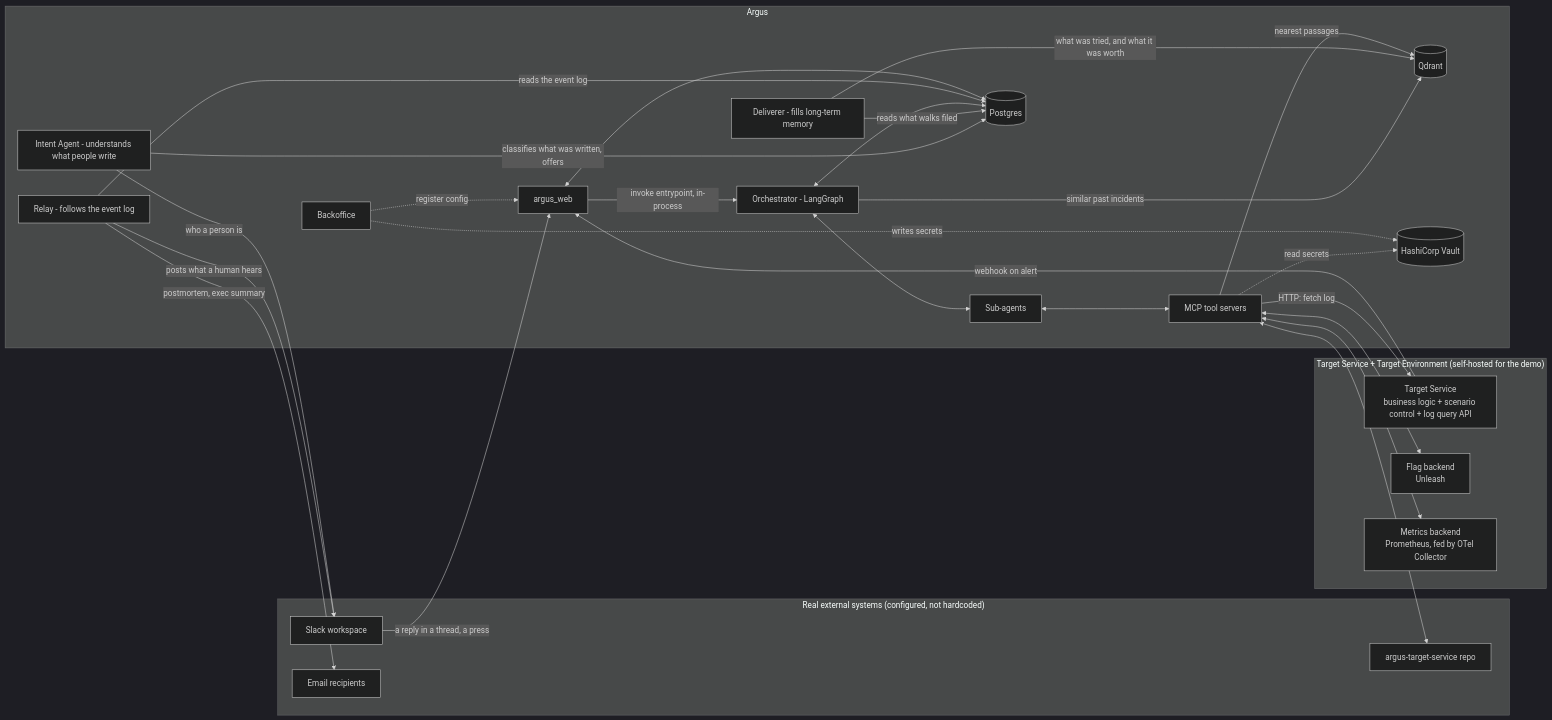
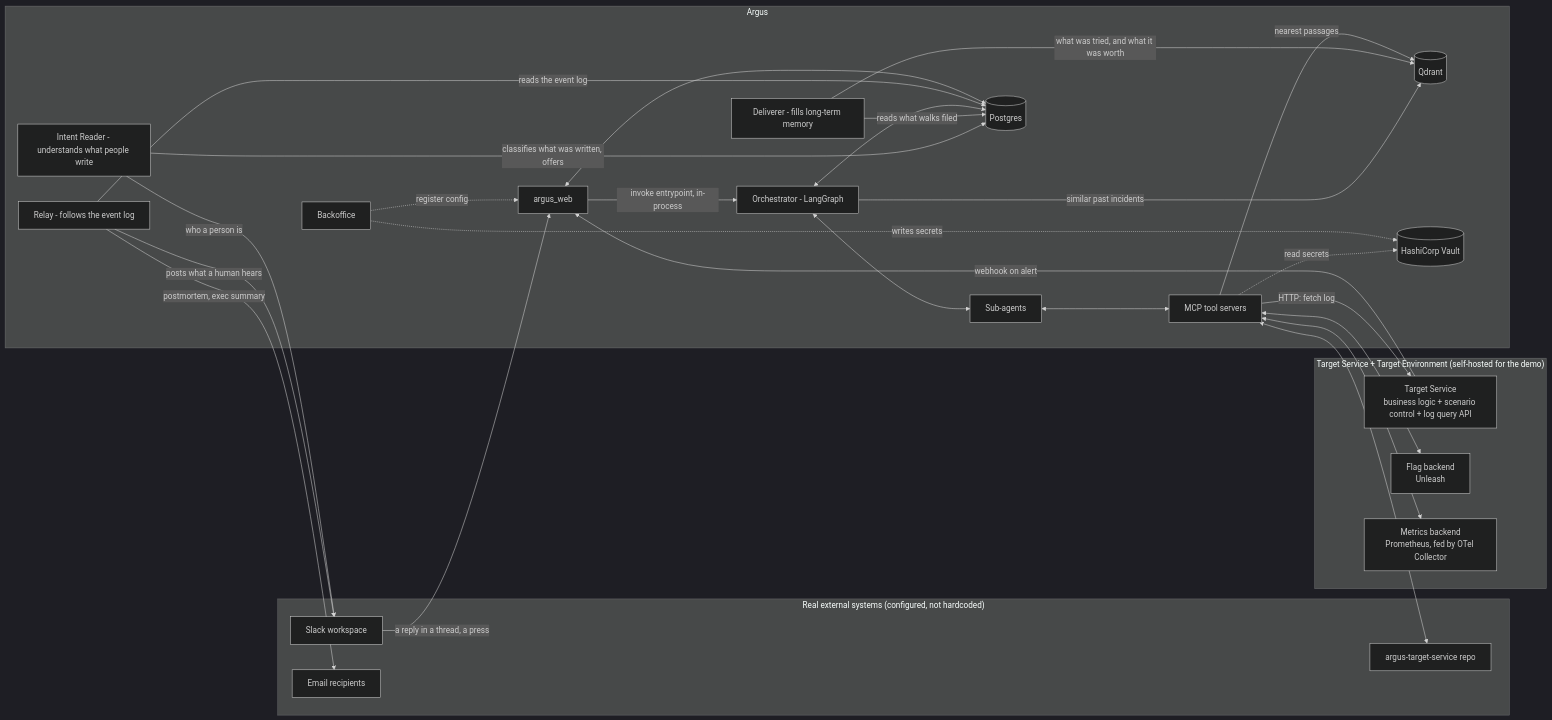
Before and after one commit to ohadraz/Argus: the first of 6 diagrams in docs/spec-and-architecture.md, drawn with Mermaid (dark theme). The commit also changed other lines of this file and 67 other files, not shown here.

Commit message:
agent_intent becomes message_intent and the Intent Agent the Intent Reader, since it drives no tool loop, its suite, imports, contracts, recordings and docs following

````diff
--- a/docs/spec-and-architecture.md
+++ b/docs/spec-and-architecture.md
@@ -74,52 +74,52 @@
 ```mermaid
 flowchart LR
     subgraph Real["Real external systems (configured, not hardcoded)"]
         SLK[Slack workspace]
         MAIL[Email recipients]
         GH[argus-target-service repo]
     end
 
     subgraph TargetEnv["Target Service + Target Environment (self-hosted for the demo)"]
         TS[Target Service<br/>business logic + scenario control + log query API]
         FLAGS[Flag backend<br/>Unleash]
         METRICS[Metrics backend<br/>Prometheus, fed by OTel Collector]
     end
 
     subgraph Argus["Argus"]
         WEB[argus_web]
         ORCH[Orchestrator - LangGraph]
         AGENTS[Sub-agents]
         MCPS[MCP tool servers]
         RELAY[Relay - follows the event log]
-        INTENT[Intent Agent - understands what people write]
+        INTENT[Intent Reader - understands what people write]
         MEMORY[Deliverer - fills long-term memory]
         PG[(Postgres)]
         QDRANT[(Qdrant)]
         VAULT[(HashiCorp Vault)]
         BO[Backoffice]
     end
 
     TS -->|webhook on alert| WEB
     WEB -->|invoke entrypoint, in-process| ORCH
     ORCH <--> AGENTS
     AGENTS <--> MCPS
     MCPS -->|HTTP: fetch log| TS
     MCPS <--> FLAGS
     MCPS <--> METRICS
     MCPS <--> GH
     SLK -->|a reply in a thread, a press| WEB
     RELAY -->|posts what a human hears| SLK
     INTENT -->|classifies what was written, offers| PG
     INTENT -->|who a person is| SLK
     RELAY -->|postmortem, exec summary| MAIL
     ORCH -->|similar past incidents| QDRANT
     MEMORY -->|what was tried, and what it was worth| QDRANT
     MEMORY -->|reads what walks filed| PG
     MCPS -->|nearest passages| QDRANT
     ORCH <--> PG
     RELAY -->|reads the event log| PG
     MCPS -.->|read secrets| VAULT
     WEB <--> PG
     BO -.->|register config| WEB
     BO -.->|writes secrets| VAULT
 ```
````
